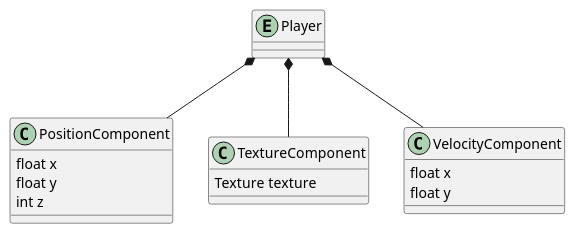
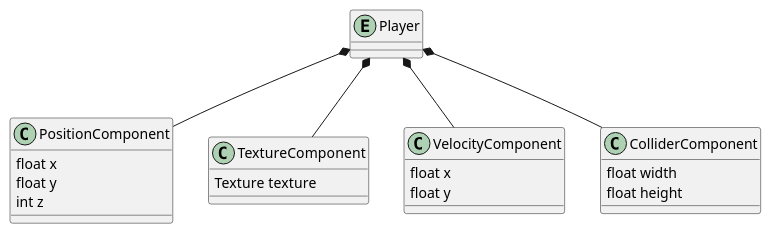
Before and after one commit to jjzsilva9/eng1: the diagram in project/UML/MovementSystem.puml, drawn with PlantUML. The commit also changed 2 other files, not shown here.

Commit message:
Finished ECS diagrams
Added collision system and fixed component

```diff
--- a/project/UML/MovementSystem.puml
+++ b/project/UML/MovementSystem.puml
@@ -1,26 +1,32 @@
 @startuml
 'https://plantuml.com/class-diagram
 
 entity Player
 
 Player *-- PositionComponent
 Player *-- TextureComponent
 Player *-- VelocityComponent
+Player *-- ColliderComponent
 
 class TextureComponent {
 Texture texture
 }
 
 class VelocityComponent {
 float x
 float y
 }
 
 class PositionComponent {
 float x
 float y
 int z
 }
 
+class ColliderComponent {
+float width
+float height
+}
+
 
 @enduml
```
